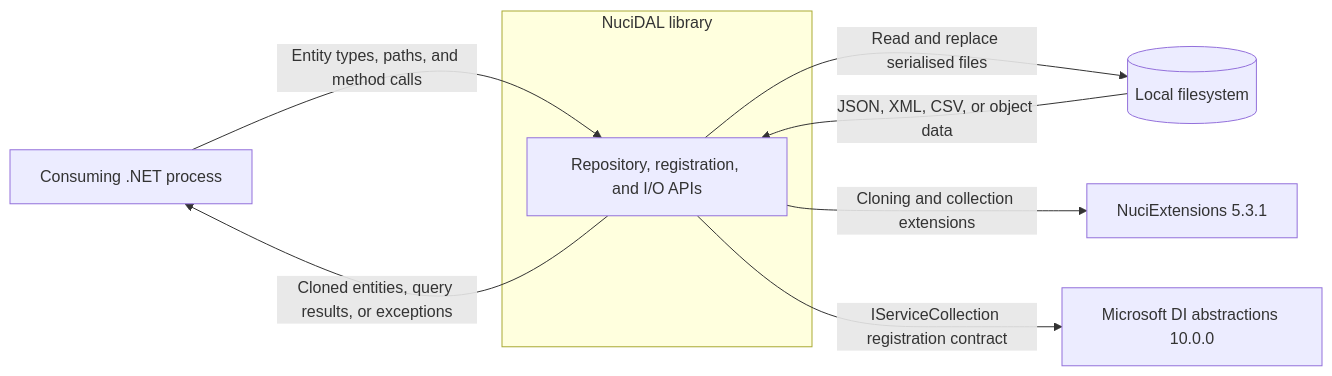
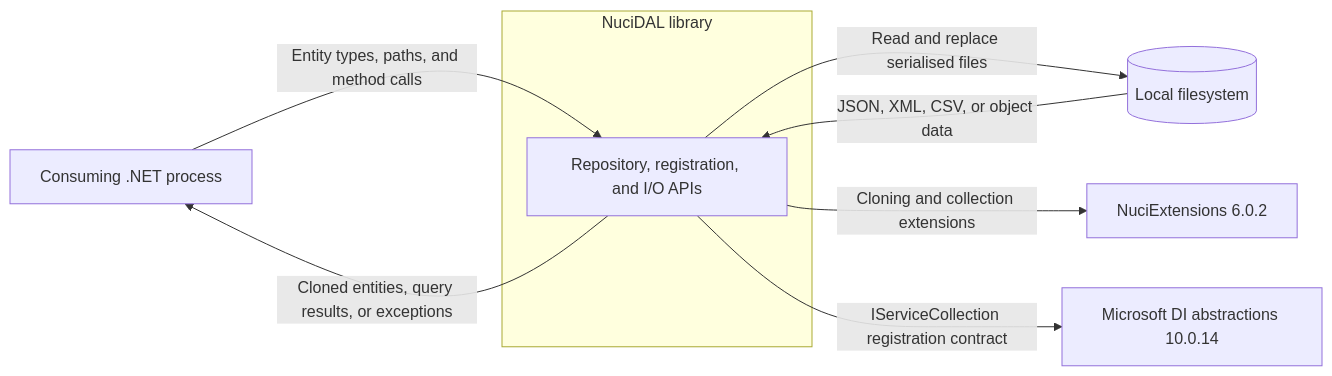
Before and after one commit to hmlendea/nucidal: the first of 8 diagrams in ARCHITECTURE.md, drawn with Mermaid. The commit also changed other lines of this file and 2 other files, not shown here.

````diff
--- a/ARCHITECTURE.md
+++ b/ARCHITECTURE.md
@@ -55,18 +55,18 @@
 ```mermaid
 flowchart LR
     Consumer["Consuming .NET process"]
     FileSystem[("Local filesystem")]
-    Extensions["NuciExtensions 5.3.1"]
-    DependencyInjection["Microsoft DI abstractions 10.0.0"]
+    Extensions["NuciExtensions 6.0.2"]
+    DependencyInjection["Microsoft DI abstractions 10.0.14"]
 
     subgraph NuciDALBoundary["NuciDAL library"]
         PublicApi["Repository, registration, and I/O APIs"]
     end
 
     Consumer -->|"Entity types, paths, and method calls"| PublicApi
     PublicApi -->|"Cloned entities, query results, or exceptions"| Consumer
     PublicApi -->|"Read and replace serialised files"| FileSystem
     FileSystem -->|"JSON, XML, CSV, or object data"| PublicApi
     PublicApi -->|"Cloning and collection extensions"| Extensions
     PublicApi -->|"IServiceCollection registration contract"| DependencyInjection
 ```
````
